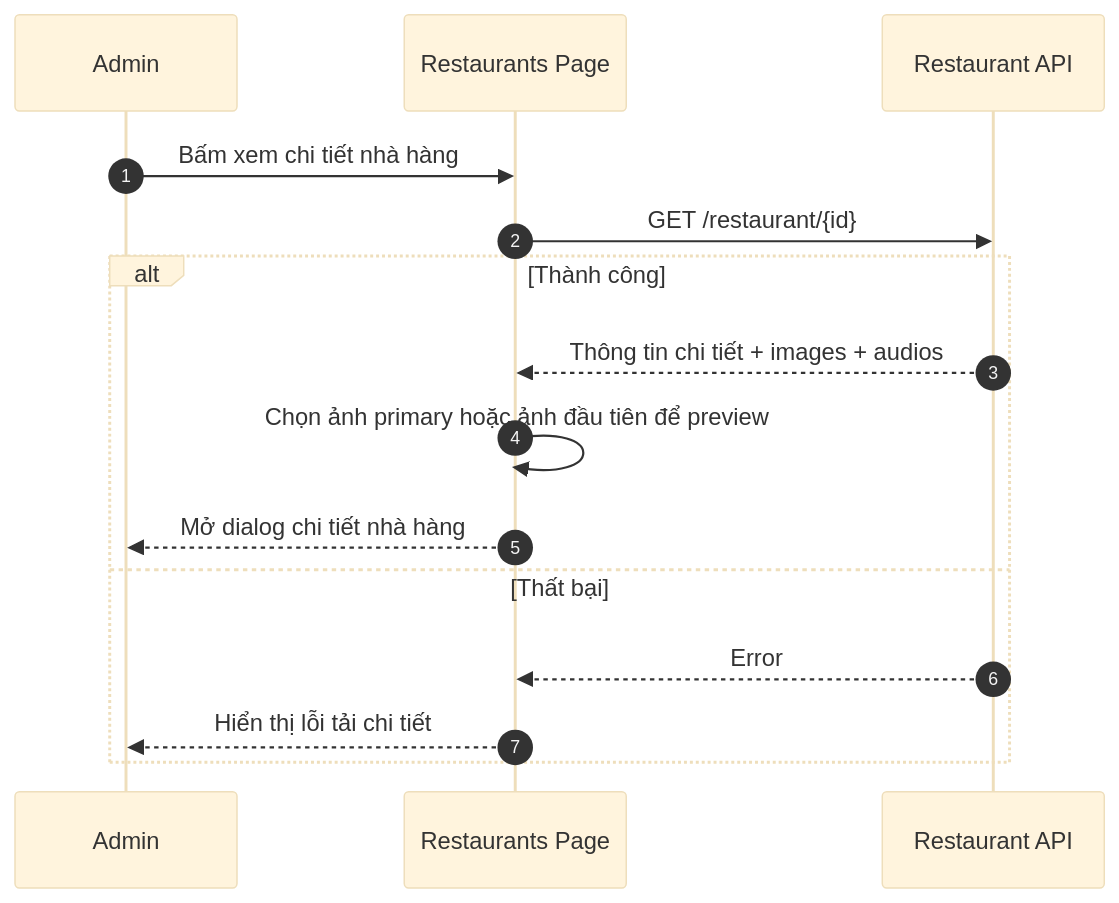
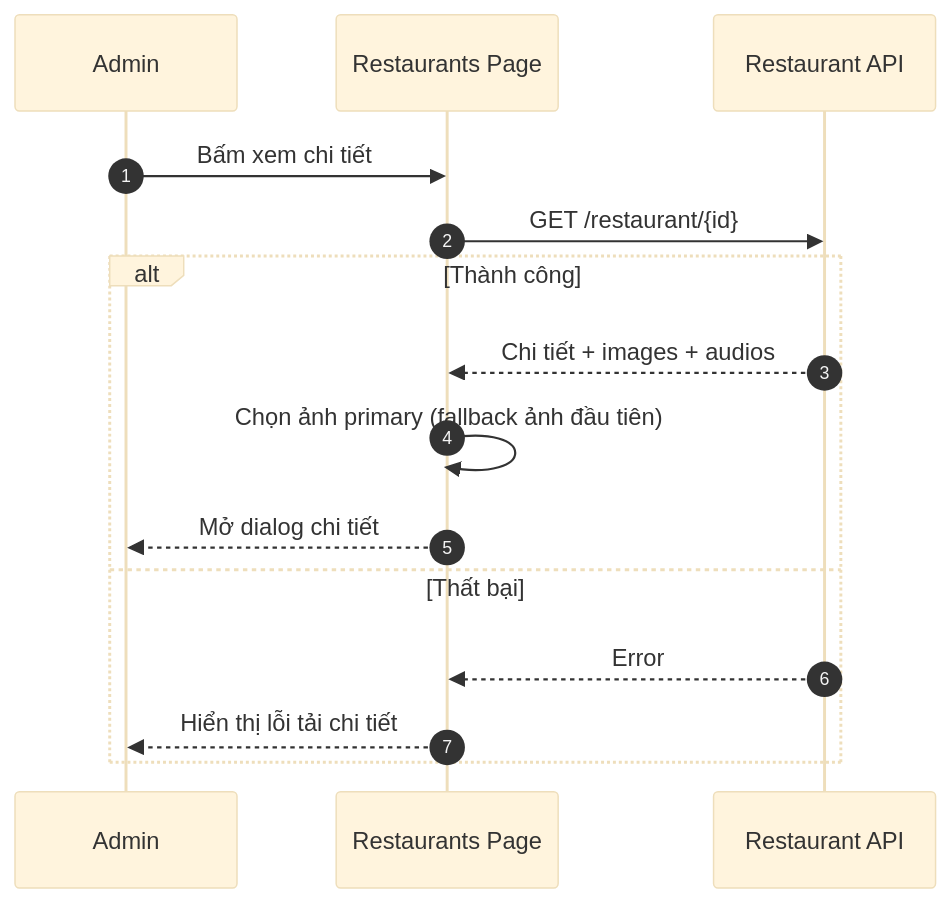
Before and after one commit to sangnp-s-organiztion/food-market-narrator: the ninth of 24 diagrams in docs/sequence/flow-admin.md, drawn with Mermaid (base theme). The commit also changed other lines of this file and 3 other files, not shown here.

Commit message:
cập nhật flow-admin

````diff
--- a/docs/sequence/flow-admin.md
+++ b/docs/sequence/flow-admin.md
@@ -197,18 +172,18 @@
 ```mermaid
 sequenceDiagram
     autonumber
     participant U as Admin
     participant FE as Restaurants Page
     participant RES as Restaurant API
 
-    U->>FE: Bấm xem chi tiết nhà hàng
+    U->>FE: Bấm xem chi tiết
     FE->>RES: GET /restaurant/{id}
     alt Thành công
-        RES-->>FE: Thông tin chi tiết + images + audios
-        FE->>FE: Chọn ảnh primary hoặc ảnh đầu tiên để preview
-        FE-->>U: Mở dialog chi tiết nhà hàng
+        RES-->>FE: Chi tiết + images + audios
+        FE->>FE: Chọn ảnh primary (fallback ảnh đầu tiên)
+        FE-->>U: Mở dialog chi tiết
     else Thất bại
         RES-->>FE: Error
         FE-->>U: Hiển thị lỗi tải chi tiết
     end
 ```
````
